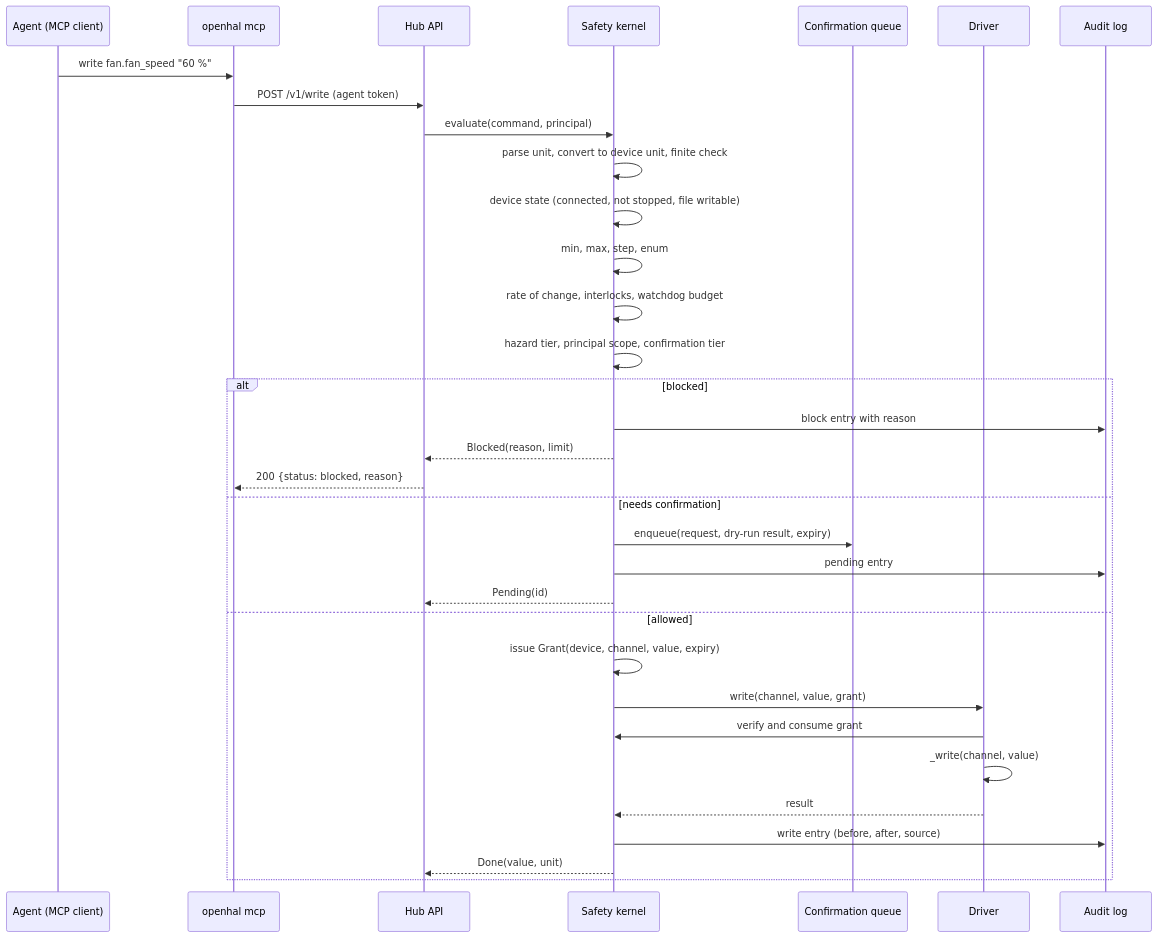
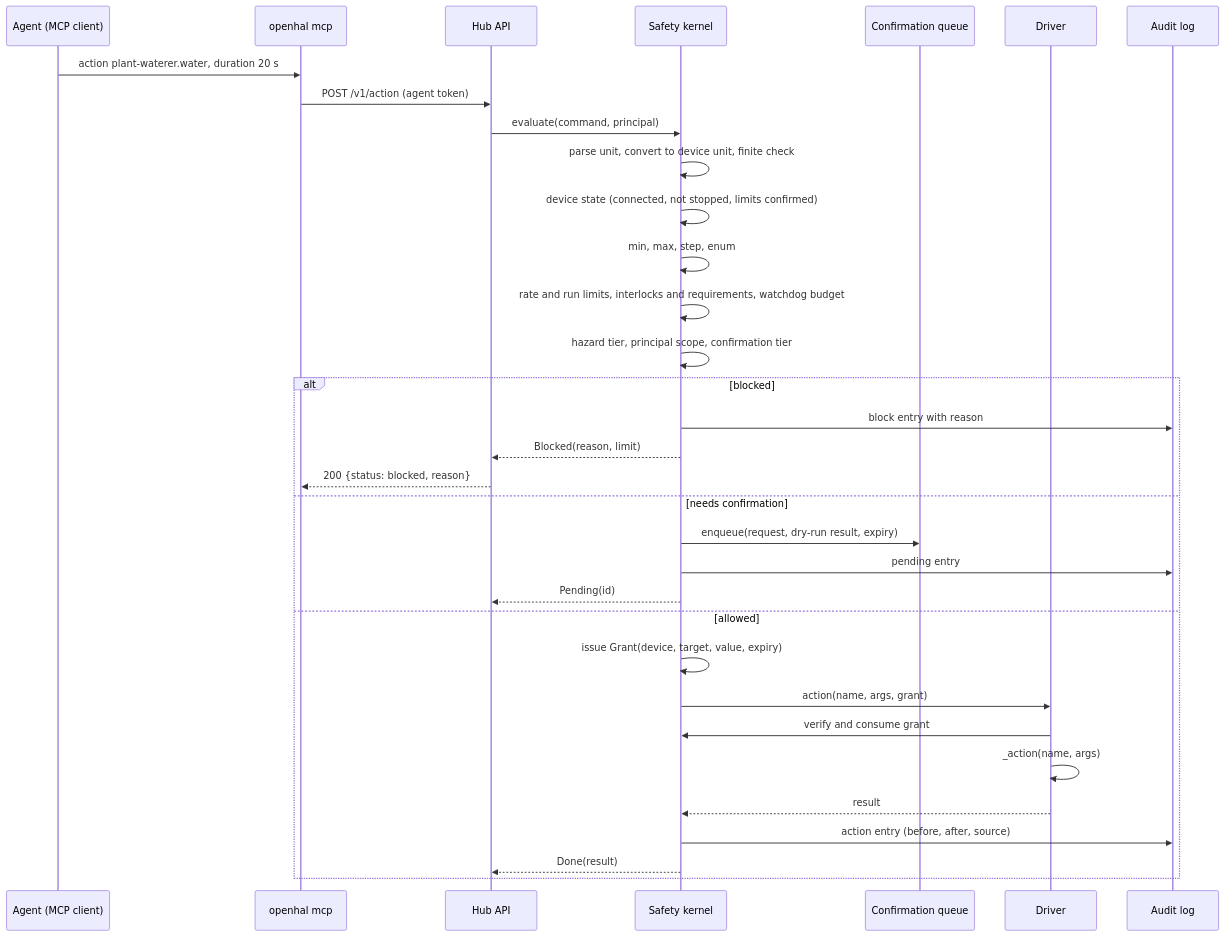
One commit to sohan-bhat/OpenHAL changed the second of 7 diagrams in docs/ARCHITECTURE.md. Above: the diagram before and after it, drawn with Mermaid. The commit also changed other lines of this file and 5 other files, not shown here.

First line of the commit message:
docs: use the plant waterer in the architecture, interface and conformance pages

````diff
--- a/docs/ARCHITECTURE.md
+++ b/docs/ARCHITECTURE.md
@@ -75,35 +75,35 @@
 ```mermaid
 sequenceDiagram
   participant A as Agent (MCP client)
   participant M as openhal mcp
   participant H as Hub API
   participant K as Safety kernel
   participant Q as Confirmation queue
   participant D as Driver
   participant L as Audit log
-  A->>M: write fan.fan_speed "60 %"
-  M->>H: POST /v1/write (agent token)
+  A->>M: action plant-waterer.water, duration 20 s
+  M->>H: POST /v1/action (agent token)
   H->>K: evaluate(command, principal)
   K->>K: parse unit, convert to device unit, finite check
-  K->>K: device state (connected, not stopped, file writable)
+  K->>K: device state (connected, not stopped, limits confirmed)
   K->>K: min, max, step, enum
-  K->>K: rate of change, interlocks, watchdog budget
+  K->>K: rate and run limits, interlocks and requirements, watchdog budget
   K->>K: hazard tier, principal scope, confirmation tier
   alt blocked
     K->>L: block entry with reason
     K-->>H: Blocked(reason, limit)
     H-->>M: 200 {status: blocked, reason}
   else needs confirmation
     K->>Q: enqueue(request, dry-run result, expiry)
     K->>L: pending entry
     K-->>H: Pending(id)
   else allowed
-    K->>K: issue Grant(device, channel, value, expiry)
-    K->>D: write(channel, value, grant)
+    K->>K: issue Grant(device, target, value, expiry)
+    K->>D: action(name, args, grant)
     D->>K: verify and consume grant
-    D->>D: _write(channel, value)
+    D->>D: _action(name, args)
     D-->>K: result
-    K->>L: write entry (before, after, source)
-    K-->>H: Done(value, unit)
+    K->>L: action entry (before, after, source)
+    K-->>H: Done(result)
   end
 ```
````
